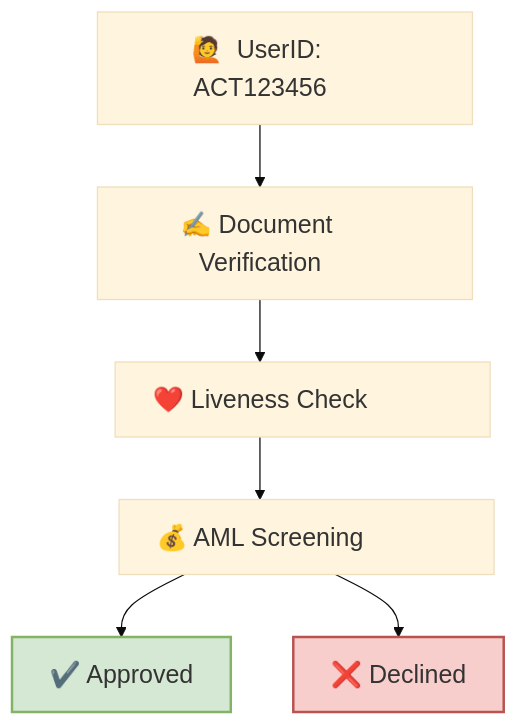
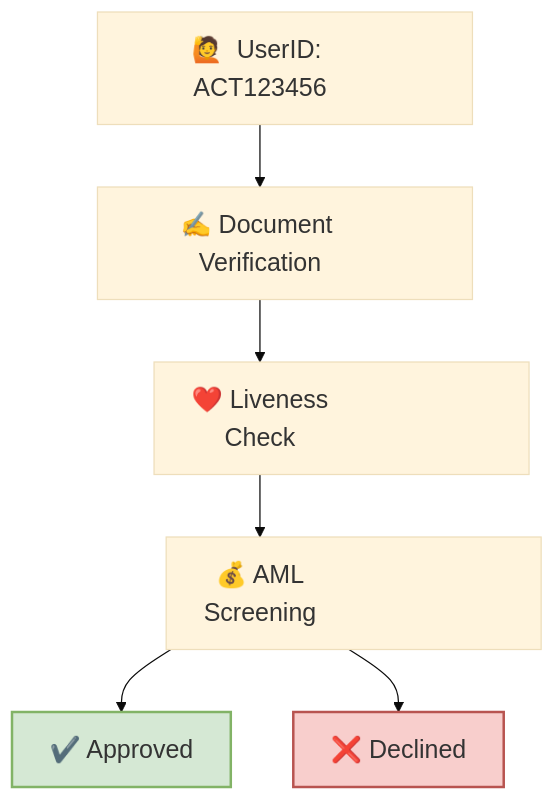
Before and after one commit to Fantastic-Devs/Mintlify: the diagram in id/id.mdx, drawn with Mermaid (base theme).

````diff
--- a/id/id.mdx
+++ b/id/id.mdx
@@ -17,31 +17,31 @@
 ```mermaid
 
 graph TB;
     A["🙋  UserID: ACT123456"];
     B["✍ Document Verification"];
-    C["❤️ Liveness Check"];
-    D["💰 AML Screening"];
+    C["❤️ Liveness<br />Check"];
+    D["💰 AML<br />Screening"];
     E["✔️ Approved"];
     F["❌ Declined"];
     A--> B;
     B--> C;
     C--> D;
     D--> E & F;
 
     classDef largeText font-size:20px;
     class A largeText;
     class B largeText;
     class C largeText;
     class D largeText;
     class E largeText;
     class F largeText;
 
     style A width:300px
     style B width:300px
     style C width:300px
     style D width:300px
     
     style E fill:#d5e8d4,stroke:#82b366,stroke-width:2px
     style F fill:#f8cecc,stroke:#b85450,stroke-width:2px
 
 ```
````
